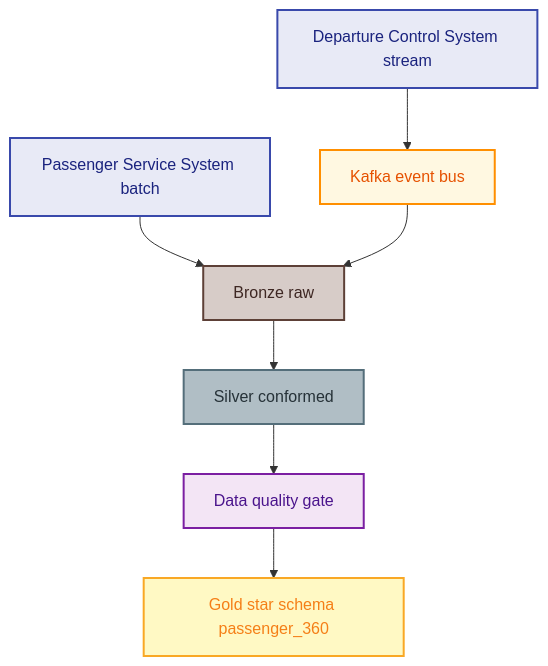
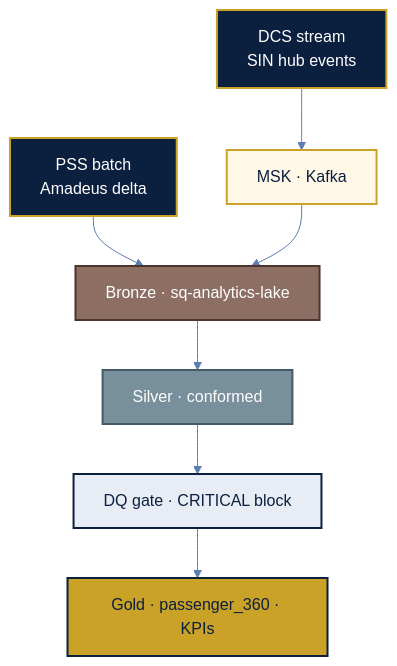
One commit to willtran112358/airline-domain-data-platform changed the second of 5 diagrams in README.md. Above: the diagram before and after it, drawn with Mermaid. The commit also changed other lines of this file and 17 other files, not shown here.

````diff
--- a/README.md
+++ b/README.md
@@ -126,21 +124,22 @@
 ```mermaid
+%%{init: {'theme':'base', 'themeVariables': {'fontFamily':'Segoe UI, sans-serif','primaryColor':'#0B1F3F','primaryTextColor':'#FFFFFF','primaryBorderColor':'#C9A227','lineColor':'#5B7DB1'}}}%%
 flowchart TB
-    classDef source fill:#e8eaf6,stroke:#3949ab,stroke-width:2px,color:#1a237e
-    classDef stream fill:#fff8e1,stroke:#ff8f00,stroke-width:2px,color:#e65100
-    classDef bronze fill:#d7ccc8,stroke:#5d4037,stroke-width:2px,color:#3e2723
-    classDef silver fill:#b0bec5,stroke:#546e7a,stroke-width:2px,color:#263238
-    classDef gold fill:#fff9c4,stroke:#f9a825,stroke-width:2px,color:#f57f17
-    classDef dq fill:#f3e5f5,stroke:#7b1fa2,stroke-width:2px,color:#4a148c
+    classDef source fill:#0B1F3F,stroke:#C9A227,stroke-width:2px,color:#FFFFFF
+    classDef stream fill:#FFF8E7,stroke:#C9A227,stroke-width:2px,color:#0B1F3F
+    classDef bronze fill:#8D6E63,stroke:#4E342E,stroke-width:2px,color:#FFFFFF
+    classDef silver fill:#78909C,stroke:#455A64,stroke-width:2px,color:#FFFFFF
+    classDef gold fill:#C9A227,stroke:#0B1F3F,stroke-width:2px,color:#0B1F3F
+    classDef dq fill:#E8EDF5,stroke:#0B1F3F,stroke-width:2px,color:#0B1F3F
 
-    PSS["Passenger Service System batch"]:::source
-    DCS["Departure Control System stream"]:::source
-    K["Kafka event bus"]:::stream
-    B["Bronze raw"]:::bronze
-    S["Silver conformed"]:::silver
-    DQ["Data quality gate"]:::dq
-    G["Gold star schema passenger_360"]:::gold
+    PSS["PSS batch<br/>Amadeus delta"]:::source
+    DCS["DCS stream<br/>SIN hub events"]:::source
+    K["MSK · Kafka"]:::stream
+    B["Bronze · sq-analytics-lake"]:::bronze
+    S["Silver · conformed"]:::silver
+    DQ["DQ gate · CRITICAL block"]:::dq
+    G["Gold · passenger_360 · KPIs"]:::gold
 
     PSS --> B
     DCS --> K --> B
     B --> S --> DQ --> G
 ```
````
